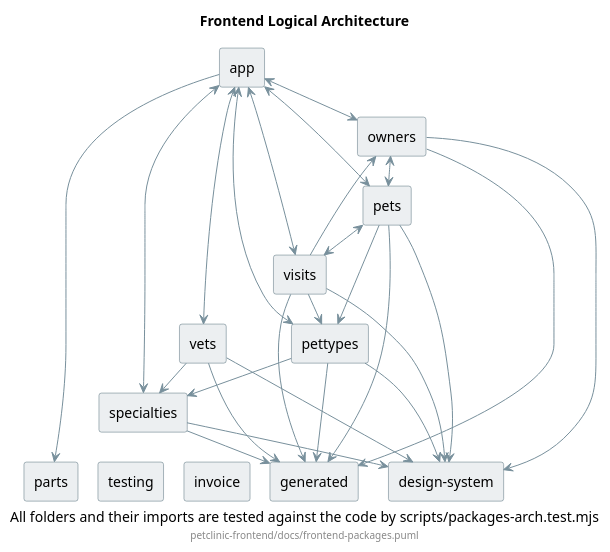
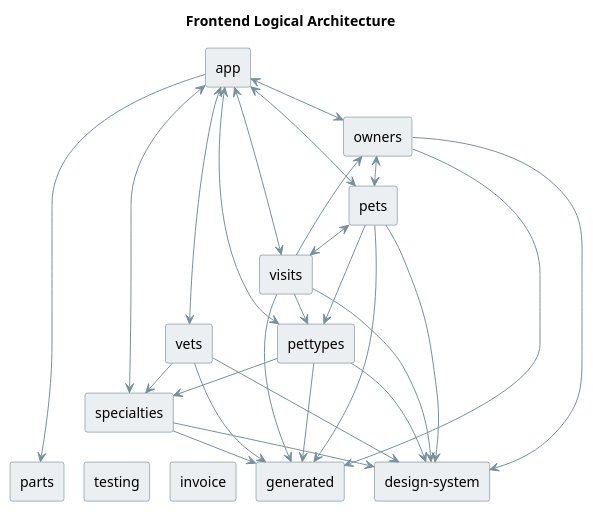
One commit to gandlec/petclinic changed the diagram in petclinic-frontend/docs/frontend-packages.puml. Above: the diagram before and after it, drawn with PlantUML. The commit also changed 45 other files, not shown here.

```diff
--- a/petclinic-frontend/docs/frontend-packages.puml
+++ b/petclinic-frontend/docs/frontend-packages.puml
@@ -1,81 +1,79 @@
 @startuml
 
 title Frontend Logical Architecture
-caption All folders and their imports are tested against the code by scripts/packages-arch.test.mjs
-footer petclinic-frontend/docs/frontend-packages.puml
 
 skinparam shadowing false
 ' the review page themes this colour for dark mode (--dgm-link)
 skinparam hyperlinkColor #1A4FA0
 skinparam componentStyle rectangle
 skinparam nodesep 20
 ' the stereotype is the box's folder, relative to petclinic-frontend/, which the test and the
 ' review page read; it is hidden so the folder is not printed under its name.
 ' A file belongs to the box with the deepest folder containing it.
 ' Only production .ts counts (*.spec.ts is skipped, like ArchUnit's DoNotIncludeTests).
 ' testing/ keeps its box: its stubs are non-spec files, imported by specs alone.
 ' Imports leaving src/app (../environments) are not boxes and are not checked.
 hide stereotype
 skinparam ranksep 30
 <style>
 component {
   BackGroundColor #ECEFF1
   LineColor #546E7A
 }
 arrow {
   LineColor #78909C
 }
 </style>
 
 [app] <<src/app>>
 [owners] <<src/app/owners>>
 [vets] <<src/app/vets>>
 [pets] <<src/app/pets>>
 [visits] <<src/app/visits>>
 [pettypes] <<src/app/pettypes>>
 [specialties] <<src/app/specialties>>
 [parts] <<src/app/parts>>
 [invoice] <<src/app/invoice>>
 [design-system] <<src/app/design-system>>
 [generated] <<src/app/generated>>
 [testing] <<src/app/testing>>
 
 ' <--> is two arrows, one each way: the test reads it as both dependencies.
 ' Every feature module is registered by app.module, and every feature service
 ' takes HttpErrorHandler from the root error.service.
 [app] <--> [owners]
 [app] <--> [pets]
 [app] <--> [visits]
 [app] <--> [vets]
 [app] <--> [pettypes]
 [app] <--> [specialties]
 [app] --> [parts]
 
 [owners] <--> [pets]
 [pets] <--> [visits]
 [visits] --> [owners]
 [pets] --> [pettypes]
 [visits] --> [pettypes]
 [pettypes] --> [specialties]
 [vets] --> [specialties]
 
 [pets] --> [design-system]
 [vets] --> [design-system]
 [owners] --> [design-system]
 [visits] --> [design-system]
 [pettypes] --> [design-system]
 [specialties] --> [design-system]
 
 [owners] --> [generated]
 [pets] --> [generated]
 [visits] --> [generated]
 [pettypes] --> [generated]
 [specialties] --> [generated]
 [vets] --> [generated]
 
 ' layout only, ignored by the test: shared and unused boxes on the bottom row
 [specialties] -[hidden]-> [parts]
 [specialties] -[hidden]-> [invoice]
 [specialties] -[hidden]-> [testing]
 
 @enduml
```
